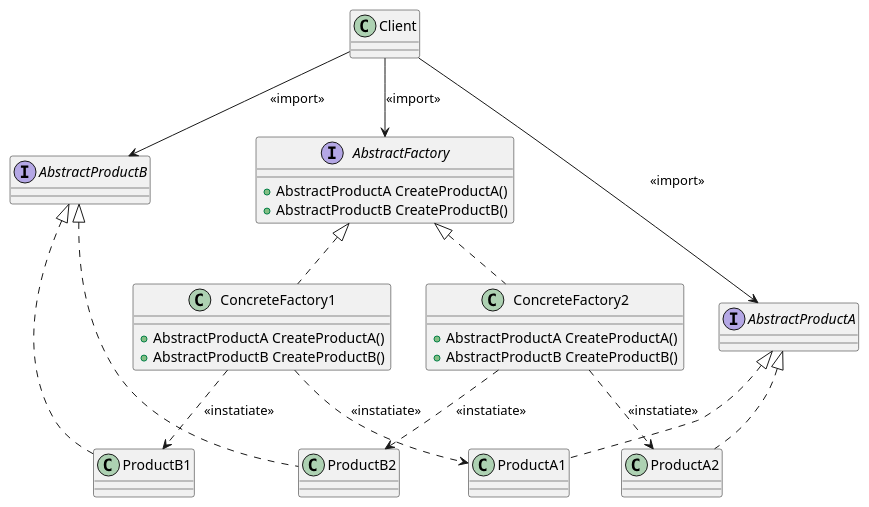
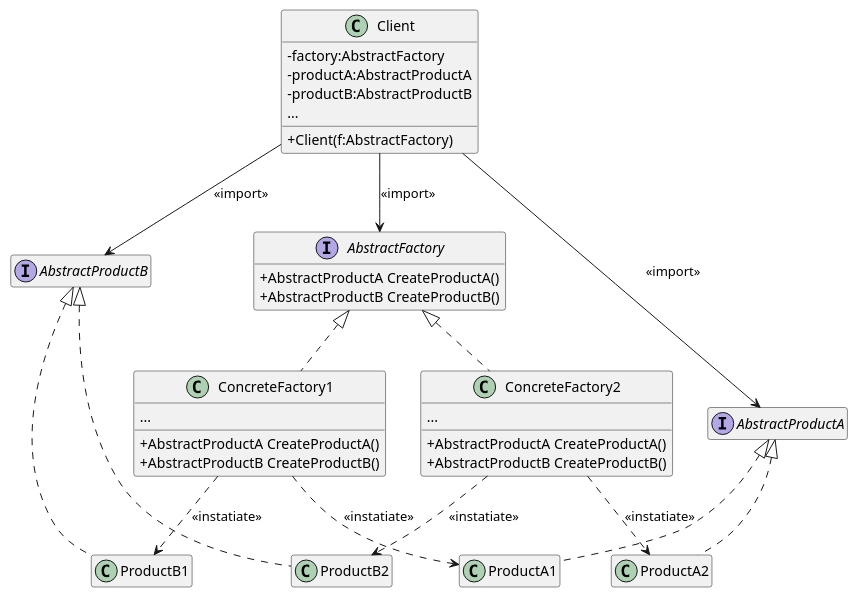
Before and after one commit to 42jerrykim/Reevid.github.io: the diagram in articles/_designpattern/abstract_factory.plantuml, drawn with PlantUML.

```diff
--- a/articles/_designpattern/abstract_factory.plantuml
+++ b/articles/_designpattern/abstract_factory.plantuml
@@ -1,37 +1,60 @@
 @startuml
+skinparam classAttributeIconSize 0
+
 interface AbstractFactory {
 +AbstractProductA CreateProductA()
 +AbstractProductB CreateProductB()
 }
+
+
 interface AbstractProductA
 interface AbstractProductB
 
 class ConcreteFactory1 {
+...
 +AbstractProductA CreateProductA()
 +AbstractProductB CreateProductB()
 }
 
 class ConcreteFactory2 {
+...
 +AbstractProductA CreateProductA()
 +AbstractProductB CreateProductB()
+}
+
+class Client {
+-factory:AbstractFactory
+-productA:AbstractProductA
+-productB:AbstractProductB
+...
++Client(f:AbstractFactory)
 }
 
 Client --> AbstractFactory: <<import>>
 Client --> AbstractProductA: <<import>>
 Client --> AbstractProductB: <<import>>
 
 ConcreteFactory1 .up.|> AbstractFactory
 ConcreteFactory2 .up.|> AbstractFactory
 
 ProductA1 .up.|> AbstractProductA
 ProductA2 .up.|> AbstractProductA
 
 ProductB1 .up.|> AbstractProductB
 ProductB2 .up.|> AbstractProductB
 
 ConcreteFactory1  ..> ProductA1 : <<instatiate>>
 ConcreteFactory1  ..> ProductB1 : <<instatiate>>
 
 ConcreteFactory2  ..> ProductA2 : <<instatiate>>
 ConcreteFactory2  ..> ProductB2 : <<instatiate>>
+
+hide AbstractFactory field
+hide AbstractProductA member
+hide AbstractProductB member
+hide ProductA1 member
+hide ProductA2 member
+hide ProductB1 member
+hide ProductB2 member
+
 @enduml
```
